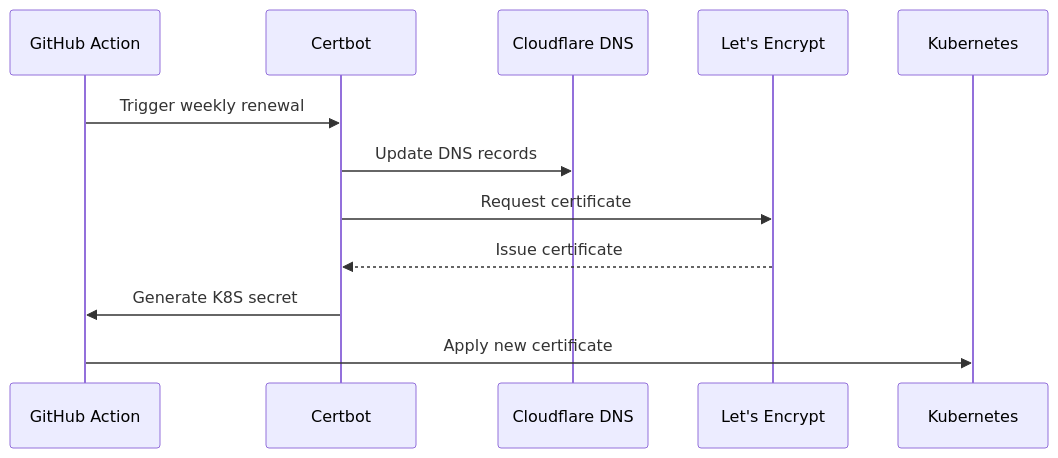
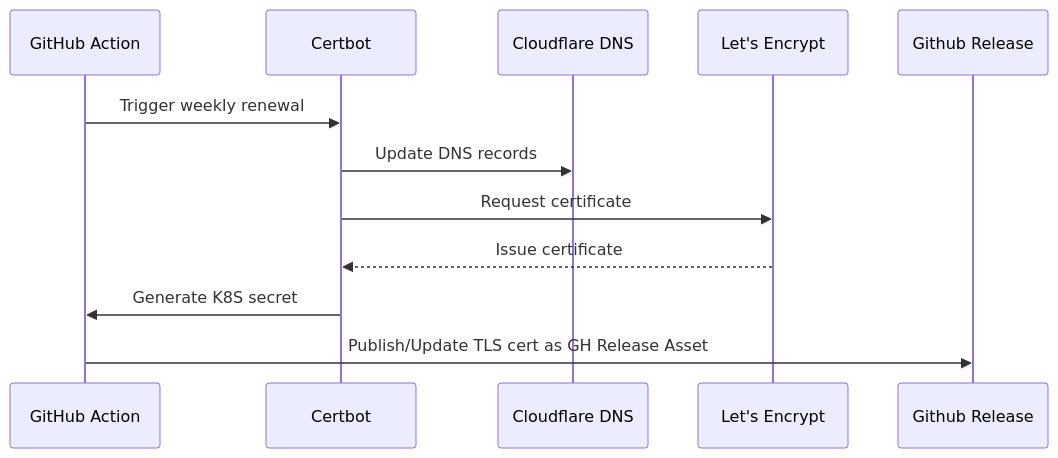
Before and after one commit to OpScaleHub/kind: the second of 5 diagrams in README.md, drawn with Mermaid. The commit also changed other lines of this file, not shown here.

First line of the commit message:
✨ feat: add mermaid diagram for demo application flow

````diff
--- a/README.md
+++ b/README.md
@@ -53,15 +53,15 @@
 ```mermaid
 sequenceDiagram
     participant GH as GitHub Action
     participant CB as Certbot
     participant CF as Cloudflare DNS
     participant LE as Let's Encrypt
-    participant K8S as Kubernetes
+    participant GR as Github Release
 
     GH->>CB: Trigger weekly renewal
     CB->>CF: Update DNS records
     CB->>LE: Request certificate
     LE-->>CB: Issue certificate
     CB->>GH: Generate K8S secret
-    GH->>K8S: Apply new certificate
+    GH->>GR: Publish/Update TLS cert as GH Release Asset
 ```
````
